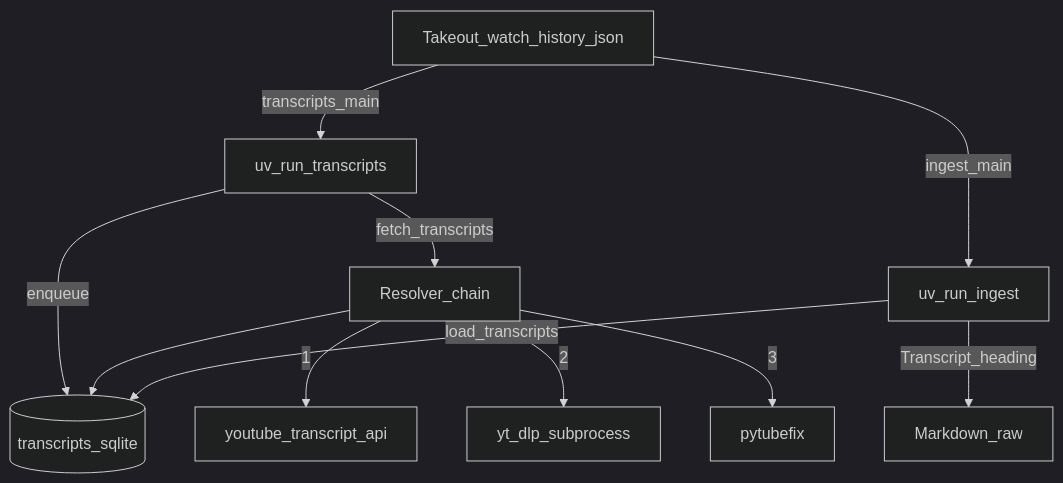
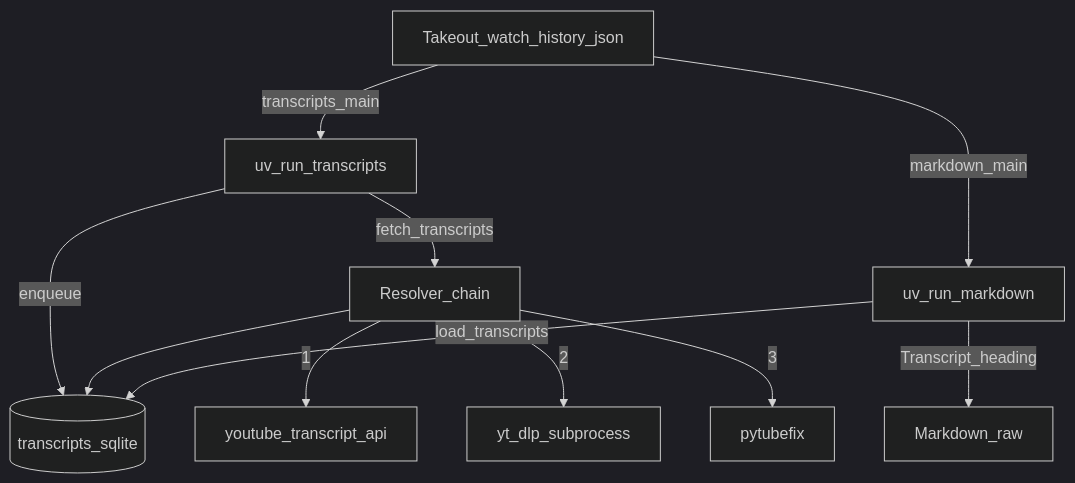
The diagram in lat.md/transcripts.md (lars20070/youtubebrain), drawn with Mermaid (dark theme) before and after one commit. The commit also changed other lines of this file and 17 other files, not shown here.

````diff
--- a/lat.md/transcripts.md
+++ b/lat.md/transcripts.md
@@ -11,14 +11,14 @@
 ```mermaid
 flowchart TD
     Takeout[Takeout_watch_history_json]
     Takeout -->|transcripts_main| TX[uv_run_transcripts]
-    Takeout -->|ingest_main| Ingest[uv_run_ingest]
+    Takeout -->|markdown_main| Markdown[uv_run_markdown]
     TX -->|enqueue| DB[(transcripts_sqlite)]
     TX -->|fetch_transcripts| Fetcher[Resolver_chain]
     Fetcher -->|1| YTA[youtube_transcript_api]
     Fetcher -->|2| YTDLP[yt_dlp_subprocess]
     Fetcher -->|3| PTF[pytubefix]
     Fetcher --> DB
-    Ingest -->|load_transcripts| DB
-    Ingest -->|Transcript_heading| MD[Markdown_raw]
+    Markdown -->|load_transcripts| DB
+    Markdown -->|Transcript_heading| MD[Markdown_raw]
 ```
````
